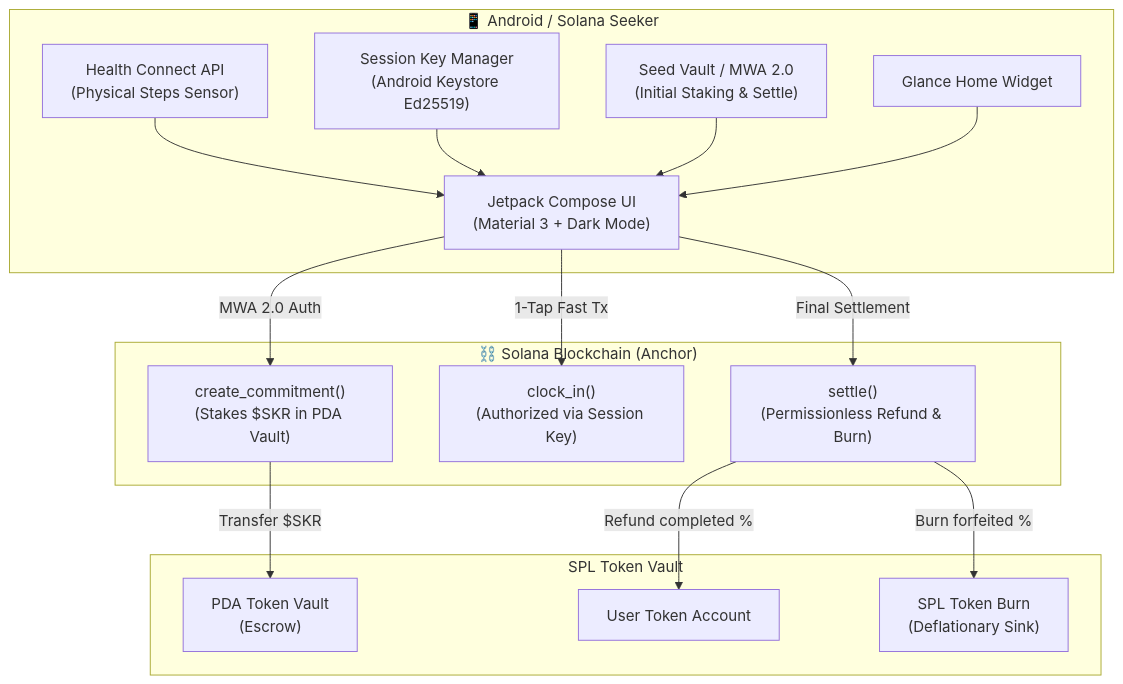
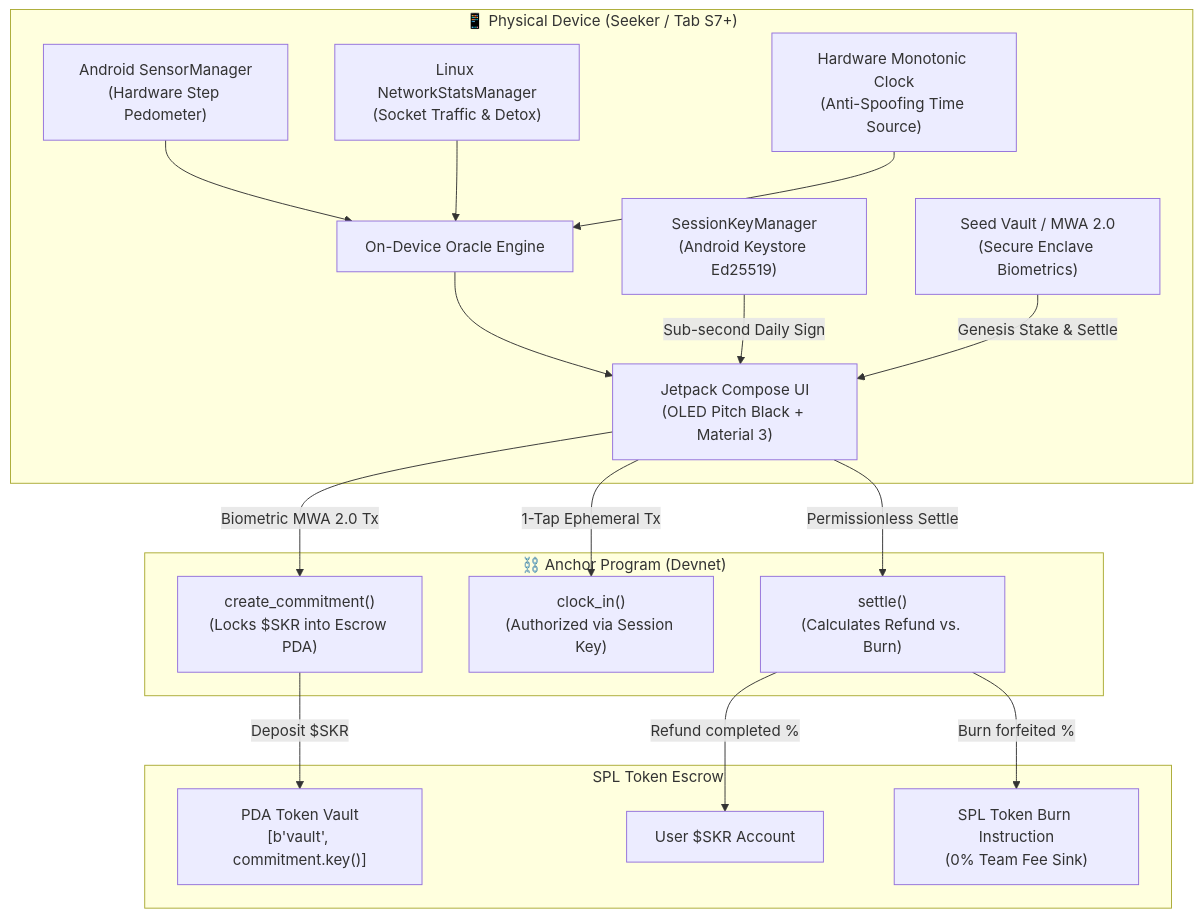
One commit to elaris-xyz/bozPledge changed the diagram in README.md. Above: the diagram before and after it, drawn with Mermaid. The commit also changed other lines of this file and 16 other files, not shown here.

````diff
--- a/README.md
+++ b/README.md
@@ -45,29 +63,33 @@
 ```mermaid
 graph TD
-    subgraph Mobile Device ["📱 Android / Solana Seeker"]
-        HC["Health Connect API<br/>(Physical Steps Sensor)"] --> UI["Jetpack Compose UI<br/>(Material 3 + Dark Mode)"]
-        SK["Session Key Manager<br/>(Android Keystore Ed25519)"] --> UI
-        SV["Seed Vault / MWA 2.0<br/>(Initial Staking & Settle)"] --> UI
-        GW["Glance Home Widget"] --> UI
+    subgraph Mobile Hardware ["📱 Physical Device (Seeker / Tab S7+)"]
+        SN["Android SensorManager<br/>(Hardware Step Pedometer)"] --> ORACLE["On-Device Oracle Engine"]
+        NS["Linux NetworkStatsManager<br/>(Socket Traffic & Detox)"] --> ORACLE
+        NTP["Hardware Monotonic Clock<br/>(Anti-Spoofing Time Source)"] --> ORACLE
+        
+        ORACLE --> UI["Jetpack Compose UI<br/>(OLED Pitch Black + Material 3)"]
+        
+        SK["SessionKeyManager<br/>(Android Keystore Ed25519)"] -->|Sub-second Daily Sign| UI
+        SV["Seed Vault / MWA 2.0<br/>(Secure Enclave Biometrics)"] -->|Genesis Stake & Settle| UI
     end
 
-    subgraph Solana Program ["⛓️ Solana Blockchain (Anchor)"]
-        CI["create_commitment()<br/>(Stakes $SKR in PDA Vault)"]
+    subgraph Solana Program ["⛓️ Anchor Program (Devnet)"]
+        CI["create_commitment()<br/>(Locks $SKR into Escrow PDA)"]
         CLK["clock_in()<br/>(Authorized via Session Key)"]
-        SET["settle()<br/>(Permissionless Refund & Burn)"]
+        SET["settle()<br/>(Calculates Refund vs. Burn)"]
     end
 
-    UI -->|MWA 2.0 Auth| CI
-    UI -->|1-Tap Fast Tx| CLK
-    UI -->|Final Settlement| SET
+    UI -->|Biometric MWA 2.0 Tx| CI
+    UI -->|1-Tap Ephemeral Tx| CLK
+    UI -->|Permissionless Settle| SET
 
-    subgraph SPL Token Vault
-        VAULT["PDA Token Vault<br/>(Escrow)"]
-        USER_ACC["User Token Account"]
-        BURN["SPL Token Burn<br/>(Deflationary Sink)"]
+    subgraph SPL Token Escrow
+        VAULT["PDA Token Vault<br/>[b'vault', commitment.key()]"]
+        USER_ACC["User $SKR Account"]
+        BURN["SPL Token Burn Instruction<br/>(0% Team Fee Sink)"]
     end
 
-    CI -->|Transfer $SKR| VAULT
+    CI -->|Deposit $SKR| VAULT
     SET -->|Refund completed %| USER_ACC
     SET -->|Burn forfeited %| BURN
 ```
````
